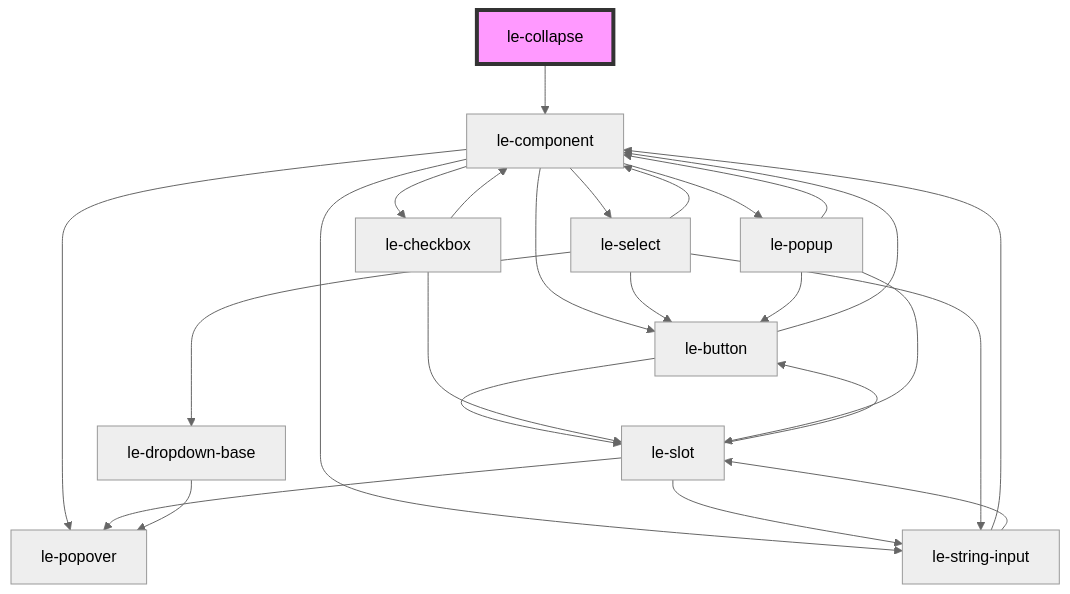
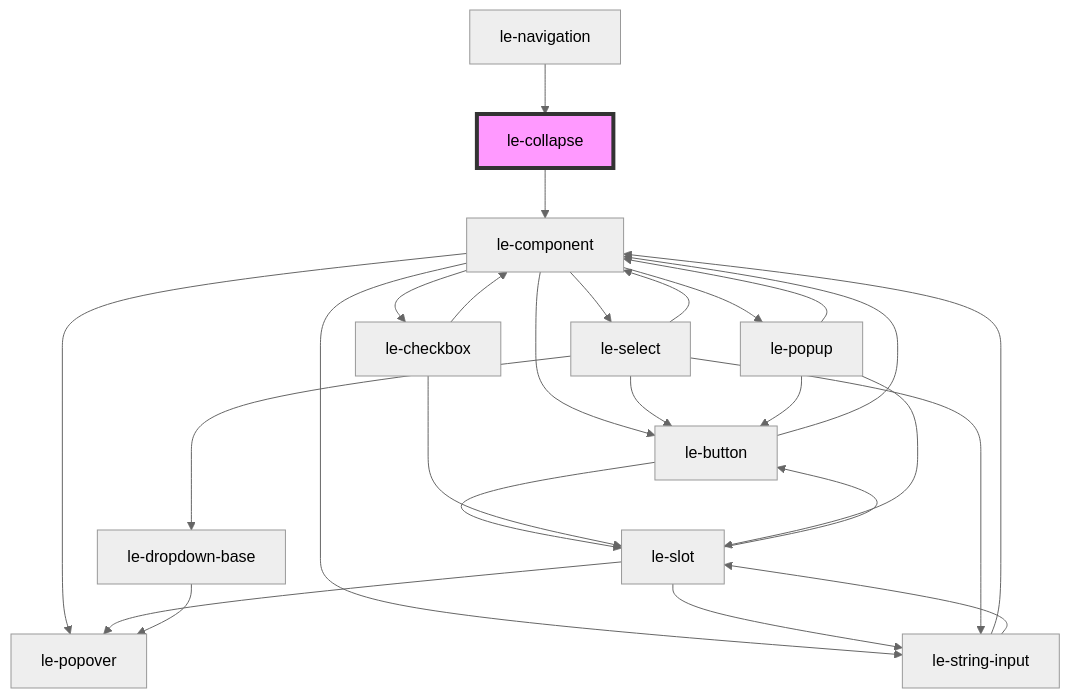
Before and after one commit to leechy/le-kit: the diagram in src/components/le-collapse/readme.md, drawn with Mermaid (neutral theme). The commit also changed other lines of this file and 3 other files, not shown here.

````diff
--- a/src/components/le-collapse/readme.md
+++ b/src/components/le-collapse/readme.md
@@ -46,28 +50,29 @@
 ```mermaid
 graph TD;
   le-collapse --> le-component
   le-component --> le-button
   le-component --> le-select
   le-component --> le-checkbox
   le-component --> le-string-input
   le-component --> le-popover
   le-component --> le-popup
   le-button --> le-component
   le-button --> le-slot
   le-slot --> le-popover
   le-slot --> le-button
   le-slot --> le-string-input
   le-string-input --> le-component
   le-string-input --> le-slot
   le-select --> le-component
   le-select --> le-dropdown-base
   le-select --> le-button
   le-select --> le-string-input
   le-dropdown-base --> le-popover
   le-checkbox --> le-component
   le-checkbox --> le-slot
   le-popup --> le-slot
   le-popup --> le-button
   le-popup --> le-component
+  le-navigation --> le-collapse
   style le-collapse fill:#f9f,stroke:#333,stroke-width:4px
 ```
````
